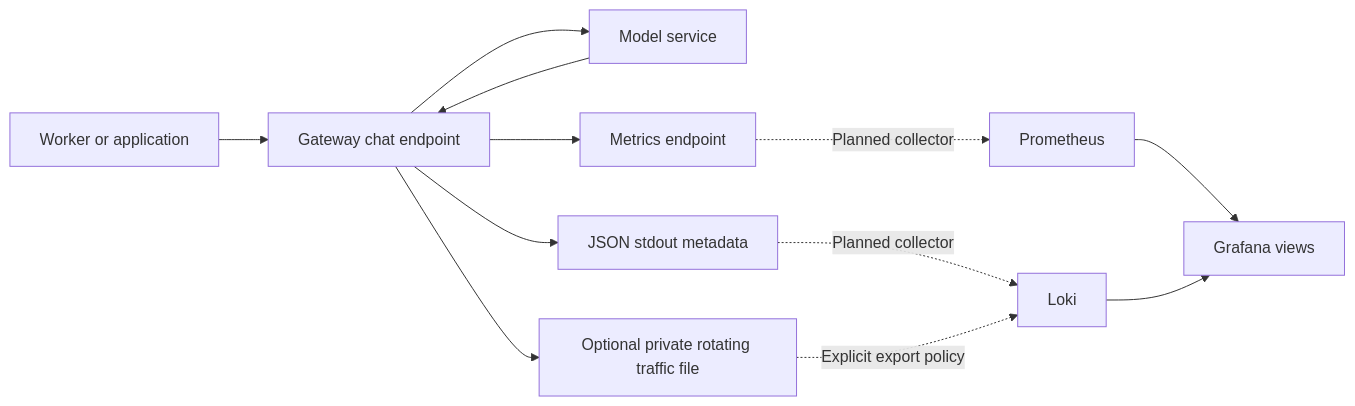
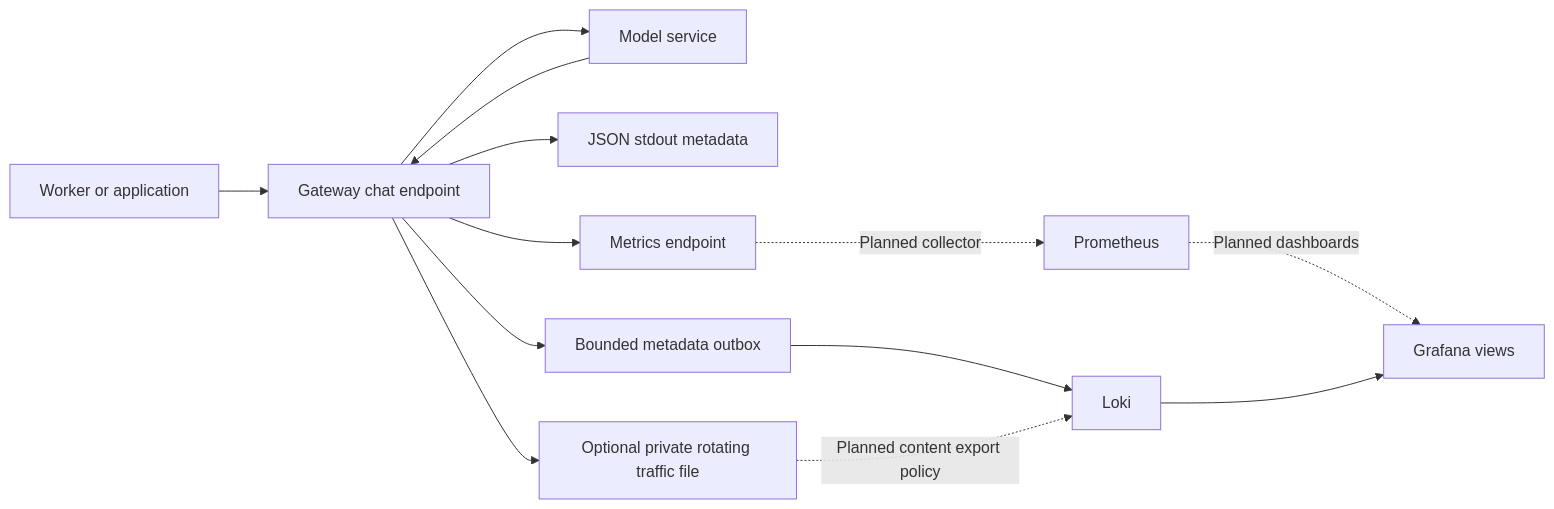
Before and after one commit to m87techlabs/m87-ai-gateway: the diagram in docs/observability.md, drawn with Mermaid. The commit also changed other lines of this file and 30 other files, not shown here.

Commit message:
feat: add Loki metadata export adapter

````diff
--- a/docs/observability.md
+++ b/docs/observability.md
@@ -117,14 +117,15 @@
 ```mermaid
 flowchart LR
     App[Worker or application] --> Gateway[Gateway chat endpoint]
     Gateway --> Provider[Model service]
     Provider --> Gateway
     Gateway --> Metadata[JSON stdout metadata]
     Gateway --> Private[Optional private rotating traffic file]
     Gateway --> Metrics[Metrics endpoint]
     Metrics -. Planned collector .-> Prometheus[Prometheus]
-    Metadata -. Planned collector .-> Loki[Loki]
-    Private -. Explicit export policy .-> Loki
-    Prometheus --> Grafana[Grafana views]
+    Gateway --> Outbox[Bounded metadata outbox]
+    Outbox --> Loki[Loki]
+    Private -. Planned content export policy .-> Loki
+    Prometheus -. Planned dashboards .-> Grafana[Grafana views]
     Loki --> Grafana
 ```
````
